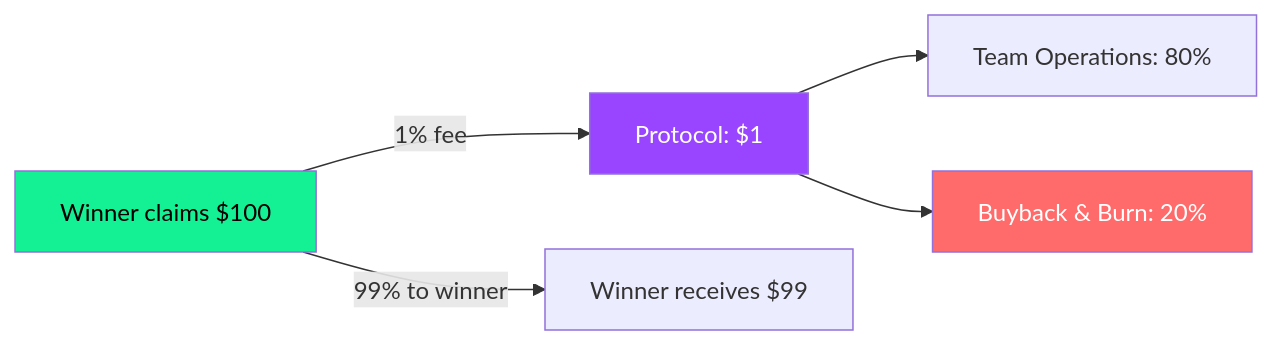
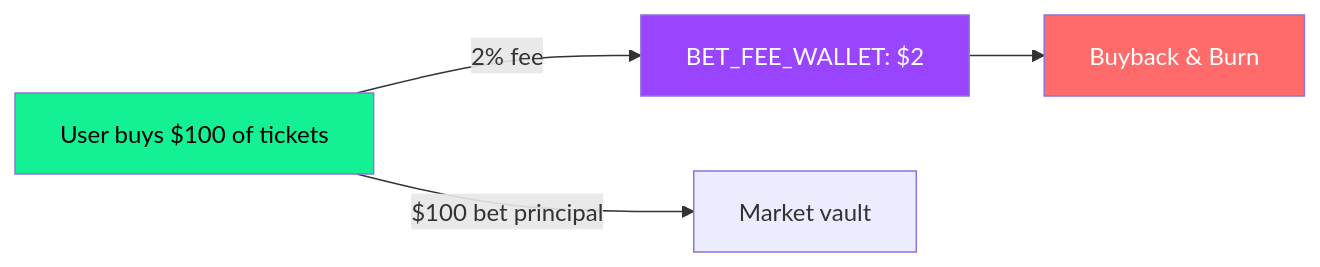
Before and after one commit to SolMarketHub/docs: the diagram in protocol/fees.mdx, drawn with Mermaid. The commit also changed other lines of this file and 25 other files, not shown here.

````diff
--- a/protocol/fees.mdx
+++ b/protocol/fees.mdx
@@ -20,10 +20,9 @@
 ```mermaid
 graph LR
-    A[Winner claims $100] -->|1% fee| B[Protocol: $1]
-    A -->|99% to winner| C[Winner receives $99]
-    B --> D[Team Operations: 80%]
-    B --> E[Buyback & Burn: 20%]
+    A[User buys $100 of tickets] -->|2% fee| B[BET_FEE_WALLET: $2]
+    A -->|$100 bet principal| C[Market vault]
+    B --> E[Buyback & Burn]
     style A fill:#14F195,color:#000
     style B fill:#9945FF,color:#fff
     style E fill:#FF6B6B,color:#fff
 ```
````
